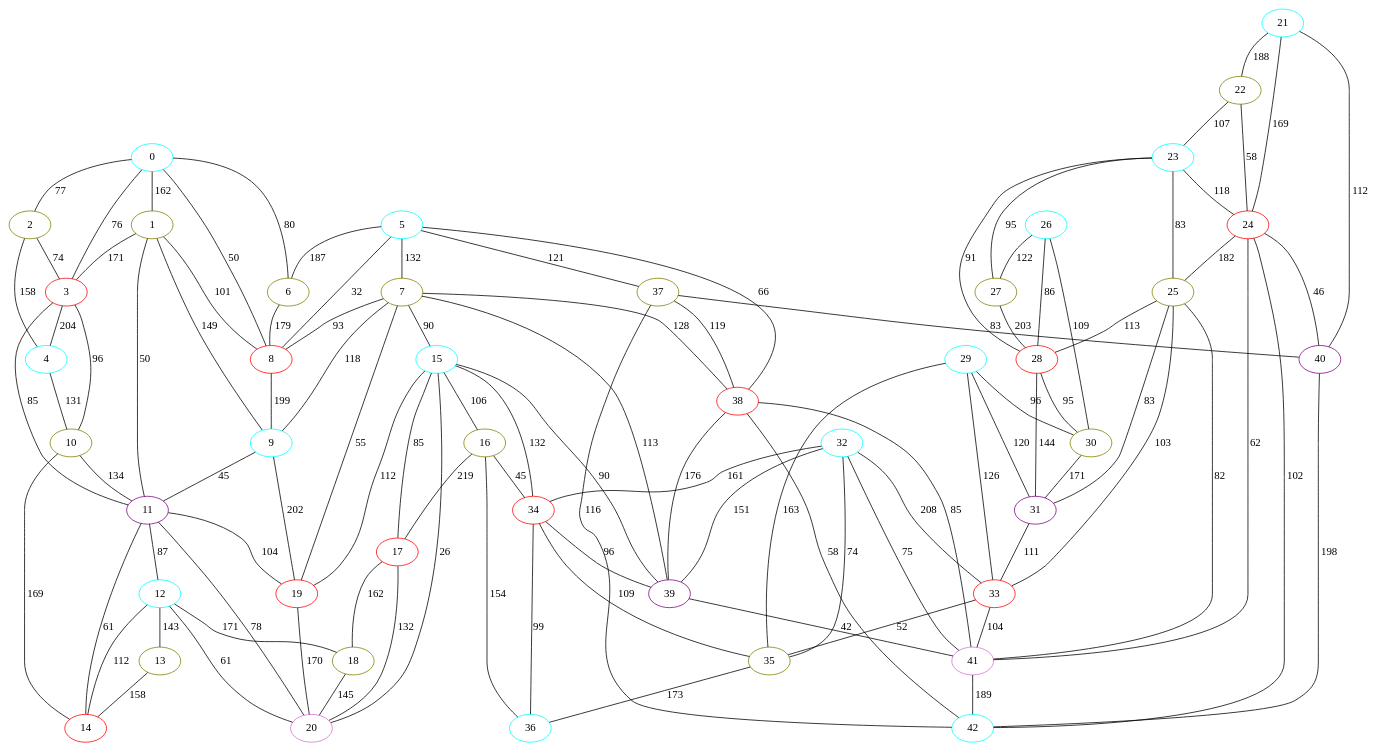
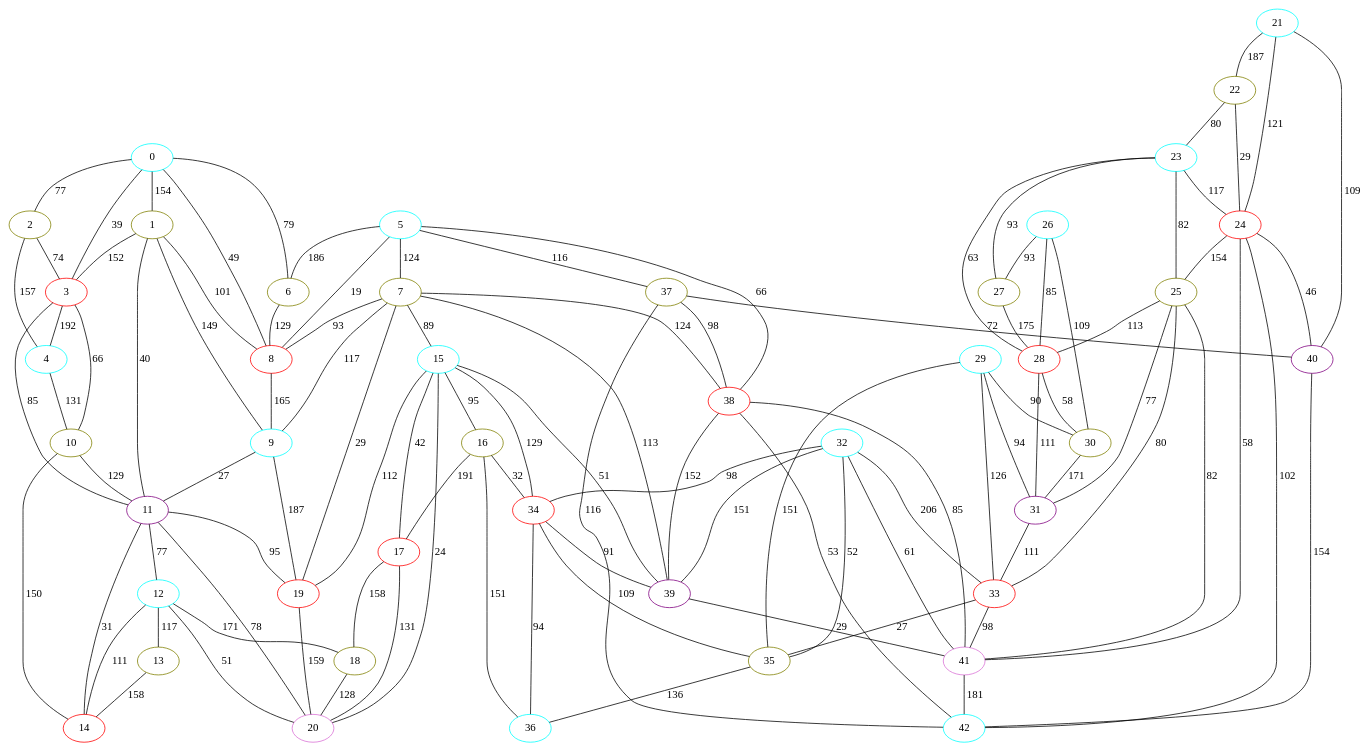
The diagram in graphs/meshColoured.dot (ktkachov/Airfoil-FPGA), drawn with Graphviz before and after one commit. The commit also changed 1 other file, not shown here.

Commit message:
updated graphs folder

```diff
--- a/graphs/meshColoured.dot
+++ b/graphs/meshColoured.dot
@@ -1,148 +1,148 @@
 graph mesh {
 	0[color="aqua"];
 	1[color="olive"];
 	2[color="olive"];
 	3[color="red"];
 	4[color="aqua"];
 	5[color="aqua"];
 	6[color="olive"];
 	7[color="olive"];
 	8[color="red"];
 	9[color="aqua"];
 	10[color="olive"];
 	11[color="purple"];
 	12[color="aqua"];
 	13[color="olive"];
 	14[color="red"];
 	15[color="aqua"];
 	16[color="olive"];
 	17[color="red"];
 	18[color="olive"];
 	19[color="red"];
 	20[color="orchid"];
 	21[color="aqua"];
 	22[color="olive"];
 	23[color="aqua"];
 	24[color="red"];
 	25[color="olive"];
 	26[color="aqua"];
 	27[color="olive"];
 	28[color="red"];
 	29[color="aqua"];
 	30[color="olive"];
 	31[color="purple"];
 	32[color="aqua"];
 	33[color="red"];
 	34[color="red"];
 	35[color="olive"];
 	36[color="aqua"];
 	37[color="olive"];
 	38[color="red"];
 	39[color="purple"];
 	40[color="purple"];
 	41[color="orchid"];
 	42[color="aqua"];
-	0 -- 3 [label=76];
-	0 -- 1 [label=162];
-	0 -- 8 [label=50];
+	0 -- 3 [label=39];
+	0 -- 1 [label=154];
+	0 -- 8 [label=49];
 	0 -- 2 [label=77];
-	0 -- 6 [label=80];
-	1 -- 11 [label=50];
+	0 -- 6 [label=79];
+	1 -- 11 [label=40];
 	1 -- 9 [label=149];
-	1 -- 3 [label=171];
+	1 -- 3 [label=152];
 	1 -- 8 [label=101];
-	2 -- 4 [label=158];
+	2 -- 4 [label=157];
 	2 -- 3 [label=74];
-	3 -- 10 [label=96];
+	3 -- 10 [label=66];
 	3 -- 11 [label=85];
-	3 -- 4 [label=204];
+	3 -- 4 [label=192];
 	4 -- 10 [label=131];
-	5 -- 7 [label=132];
-	5 -- 8 [label=32];
+	5 -- 7 [label=124];
+	5 -- 8 [label=19];
 	5 -- 38 [label=66];
-	5 -- 6 [label=187];
-	5 -- 37 [label=121];
-	6 -- 8 [label=179];
-	7 -- 19 [label=55];
-	7 -- 15 [label=90];
+	5 -- 6 [label=186];
+	5 -- 37 [label=116];
+	6 -- 8 [label=129];
+	7 -- 19 [label=29];
+	7 -- 15 [label=89];
 	7 -- 39 [label=113];
-	7 -- 9 [label=118];
-	7 -- 38 [label=128];
+	7 -- 9 [label=117];
+	7 -- 38 [label=124];
 	7 -- 8 [label=93];
-	8 -- 9 [label=199];
-	9 -- 19 [label=202];
-	9 -- 11 [label=45];
-	10 -- 14 [label=169];
-	10 -- 11 [label=134];
-	11 -- 12 [label=87];
+	8 -- 9 [label=165];
+	9 -- 19 [label=187];
+	9 -- 11 [label=27];
+	10 -- 14 [label=150];
+	10 -- 11 [label=129];
+	11 -- 12 [label=77];
 	11 -- 20 [label=78];
-	11 -- 14 [label=61];
-	11 -- 19 [label=104];
-	12 -- 13 [label=143];
+	11 -- 14 [label=31];
+	11 -- 19 [label=95];
+	12 -- 13 [label=117];
 	12 -- 18 [label=171];
-	12 -- 14 [label=112];
-	12 -- 20 [label=61];
+	12 -- 14 [label=111];
+	12 -- 20 [label=51];
 	13 -- 14 [label=158];
-	15 -- 16 [label=106];
-	15 -- 34 [label=132];
-	15 -- 17 [label=85];
-	15 -- 20 [label=26];
+	15 -- 16 [label=95];
+	15 -- 34 [label=129];
+	15 -- 17 [label=42];
+	15 -- 20 [label=24];
 	15 -- 19 [label=112];
-	15 -- 39 [label=90];
-	16 -- 17 [label=219];
-	16 -- 36 [label=154];
-	16 -- 34 [label=45];
-	17 -- 18 [label=162];
-	17 -- 20 [label=132];
-	18 -- 20 [label=145];
-	19 -- 20 [label=170];
-	21 -- 24 [label=169];
-	21 -- 22 [label=188];
-	21 -- 40 [label=112];
-	22 -- 23 [label=107];
-	22 -- 24 [label=58];
-	23 -- 28 [label=91];
-	23 -- 27 [label=95];
-	23 -- 25 [label=83];
-	23 -- 24 [label=118];
-	24 -- 25 [label=182];
-	24 -- 41 [label=62];
+	15 -- 39 [label=51];
+	16 -- 17 [label=191];
+	16 -- 36 [label=151];
+	16 -- 34 [label=32];
+	17 -- 18 [label=158];
+	17 -- 20 [label=131];
+	18 -- 20 [label=128];
+	19 -- 20 [label=159];
+	21 -- 24 [label=121];
+	21 -- 22 [label=187];
+	21 -- 40 [label=109];
+	22 -- 23 [label=80];
+	22 -- 24 [label=29];
+	23 -- 28 [label=63];
+	23 -- 27 [label=93];
+	23 -- 25 [label=82];
+	23 -- 24 [label=117];
+	24 -- 25 [label=154];
+	24 -- 41 [label=58];
 	24 -- 42 [label=102];
 	24 -- 40 [label=46];
-	25 -- 31 [label=83];
-	25 -- 33 [label=103];
+	25 -- 31 [label=77];
+	25 -- 33 [label=80];
 	25 -- 28 [label=113];
 	25 -- 41 [label=82];
 	26 -- 30 [label=109];
-	26 -- 28 [label=86];
-	26 -- 27 [label=122];
-	27 -- 28 [label=203];
-	28 -- 30 [label=95];
-	28 -- 31 [label=144];
-	29 -- 35 [label=163];
-	29 -- 30 [label=96];
-	29 -- 31 [label=120];
+	26 -- 28 [label=85];
+	26 -- 27 [label=93];
+	27 -- 28 [label=175];
+	28 -- 30 [label=58];
+	28 -- 31 [label=111];
+	29 -- 35 [label=151];
+	29 -- 30 [label=90];
+	29 -- 31 [label=94];
 	29 -- 33 [label=126];
 	30 -- 31 [label=171];
 	31 -- 33 [label=111];
-	32 -- 35 [label=74];
-	32 -- 33 [label=208];
-	32 -- 34 [label=161];
+	32 -- 35 [label=52];
+	32 -- 33 [label=206];
+	32 -- 34 [label=98];
 	32 -- 39 [label=151];
-	32 -- 41 [label=75];
-	33 -- 35 [label=52];
-	33 -- 41 [label=104];
-	34 -- 36 [label=99];
+	32 -- 41 [label=61];
+	33 -- 35 [label=27];
+	33 -- 41 [label=98];
+	34 -- 36 [label=94];
 	34 -- 35 [label=109];
-	34 -- 39 [label=96];
-	35 -- 36 [label=173];
-	37 -- 38 [label=119];
+	34 -- 39 [label=91];
+	35 -- 36 [label=136];
+	37 -- 38 [label=98];
 	37 -- 42 [label=116];
-	37 -- 40 [label=83];
-	38 -- 39 [label=176];
+	37 -- 40 [label=72];
+	38 -- 39 [label=152];
 	38 -- 41 [label=85];
-	38 -- 42 [label=58];
-	39 -- 41 [label=42];
-	40 -- 42 [label=198];
-	41 -- 42 [label=189];
+	38 -- 42 [label=53];
+	39 -- 41 [label=29];
+	40 -- 42 [label=154];
+	41 -- 42 [label=181];
 }
```
